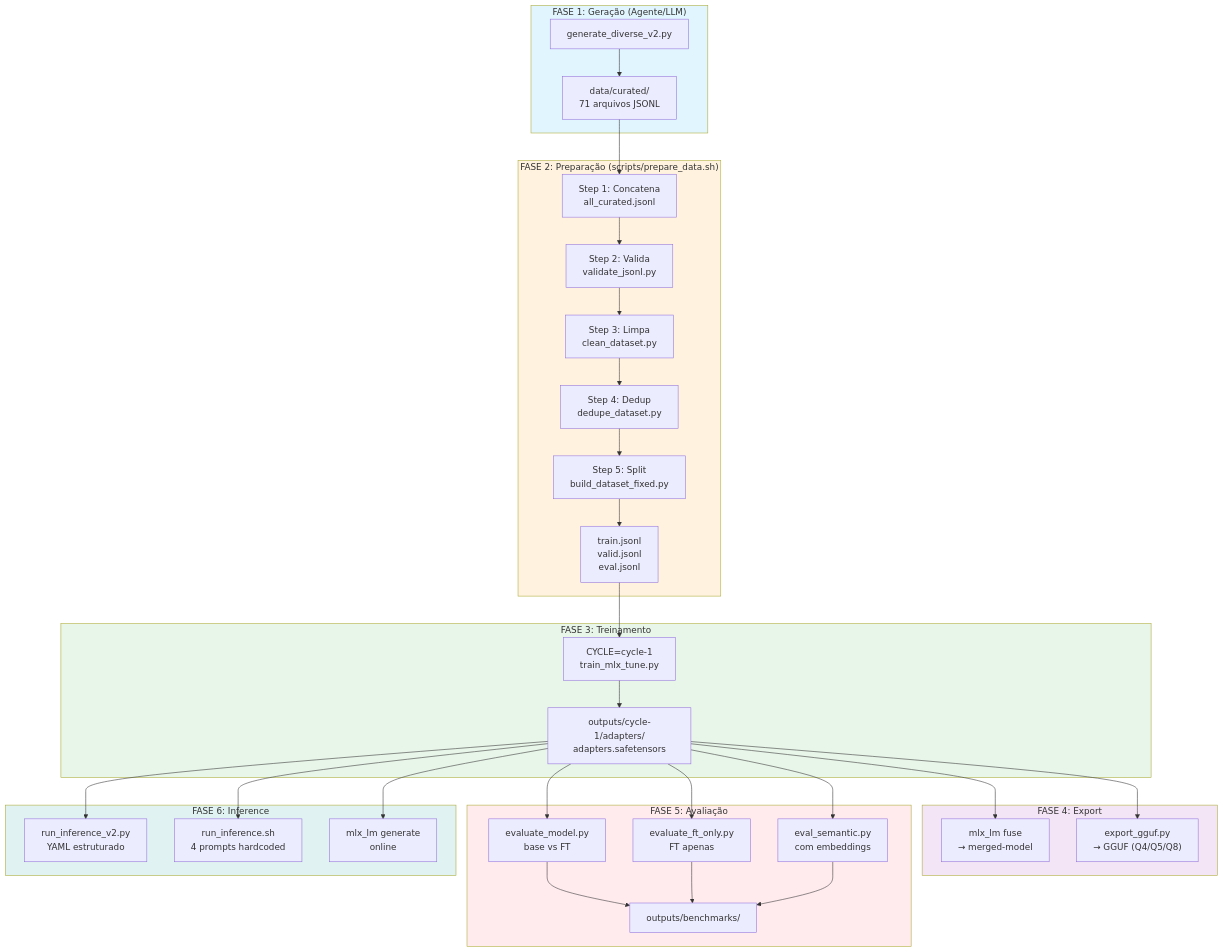
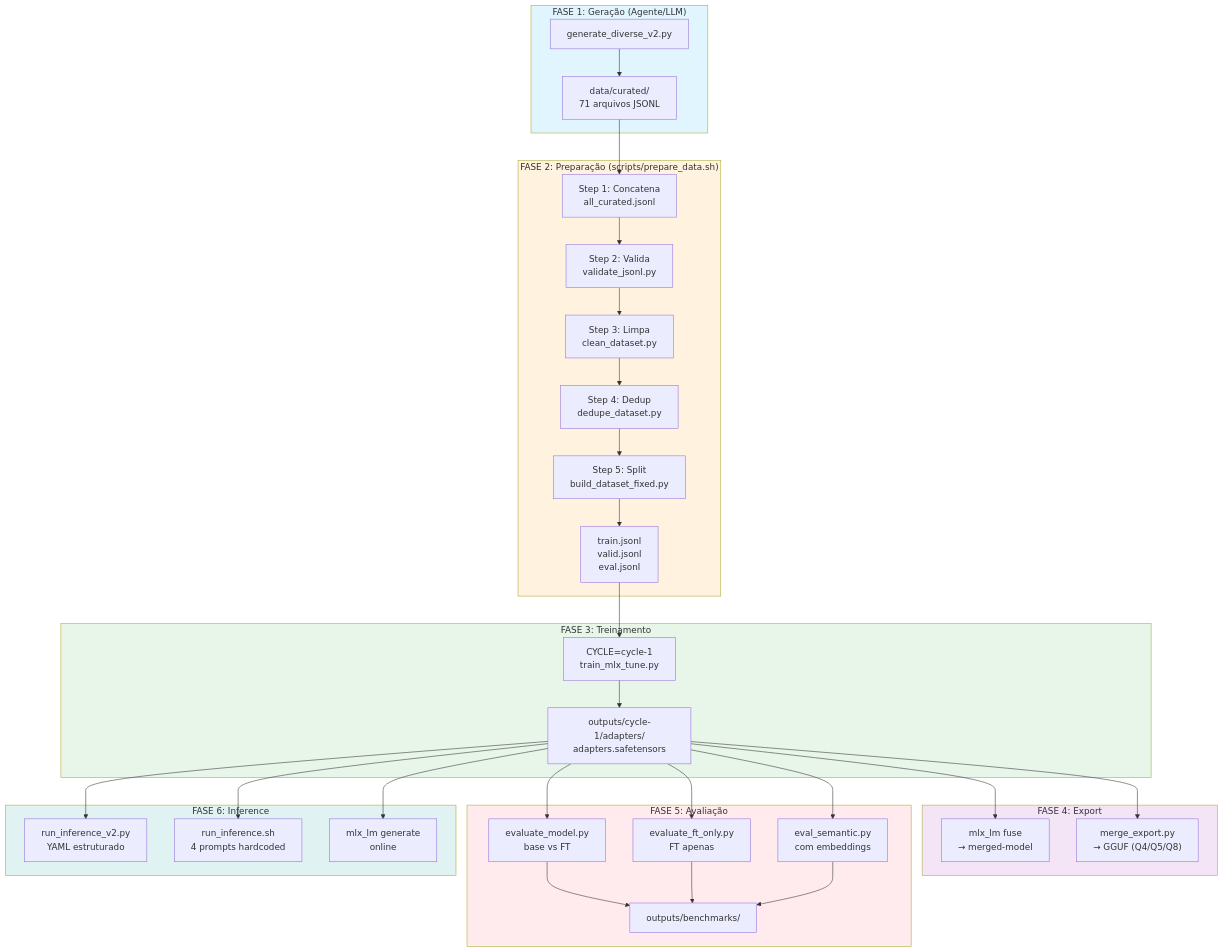
The diagram in README.md (otavio-lemos/olia-2-oci), drawn with Mermaid before and after one commit. The commit also changed other lines of this file, not shown here.

Commit message:
Update README: naming conventions for GGUF exports

````diff
--- a/README.md
+++ b/README.md
@@ -19,48 +19,48 @@
 ```mermaid
 flowchart TB
     subgraph GERAÇÃO["FASE 1: Geração (Agente/LLM)"]
         A["generate_diverse_v2.py"]
         A --> B["data/curated/<br/>71 arquivos JSONL"]
     end
 
     subgraph PREPARAÇÃO["FASE 2: Preparação (scripts/prepare_data.sh)"]
         B --> C1["Step 1: Concatena<br/>all_curated.jsonl"]
         C1 --> C2["Step 2: Valida<br/>validate_jsonl.py"]
         C2 --> C3["Step 3: Limpa<br/>clean_dataset.py"]
         C3 --> C4["Step 4: Dedup<br/>dedupe_dataset.py"]
         C4 --> C5["Step 5: Split<br/>build_dataset_fixed.py"]
         C5 --> D["train.jsonl<br/>valid.jsonl<br/>eval.jsonl"]
     end
 
     subgraph TREINO["FASE 3: Treinamento"]
         D --> E["CYCLE=cycle-1<br/>train_mlx_tune.py"]
         E --> F["outputs/cycle-1/adapters/<br/>adapters.safetensors"]
     end
 
     subgraph EXPORT["FASE 4: Export"]
         F --> G1["mlx_lm fuse<br/>→ merged-model"]
-        F --> G2["export_gguf.py<br/>→ GGUF (Q4/Q5/Q8)"]
+        F --> G2["merge_export.py<br/>→ GGUF (Q4/Q5/Q8)"]
     end
 
     subgraph AVALIAÇÃO["FASE 5: Avaliação"]
         F --> H1["evaluate_model.py<br/>base vs FT"]
         F --> H2["evaluate_ft_only.py<br/>FT apenas"]
         F --> H3["eval_semantic.py<br/>com embeddings"]
         H1 --> I["outputs/benchmarks/"]
         H2 --> I
         H3 --> I
     end
 
     subgraph INFERENCE["FASE 6: Inference"]
         F --> J1["run_inference_v2.py<br/>YAML estruturado"]
         F --> J2["run_inference.sh<br/>4 prompts hardcoded"]
         F --> J3["mlx_lm generate<br/>online"]
     end
 
     style GERAÇÃO fill:#e1f5fe
     style PREPARAÇÃO fill:#fff3e0
     style TREINO fill:#e8f5e9
     style EXPORT fill:#f3e5f5
     style AVALIAÇÃO fill:#ffebee
     style INFERENCE fill:#e0f2f1
 ```
````
